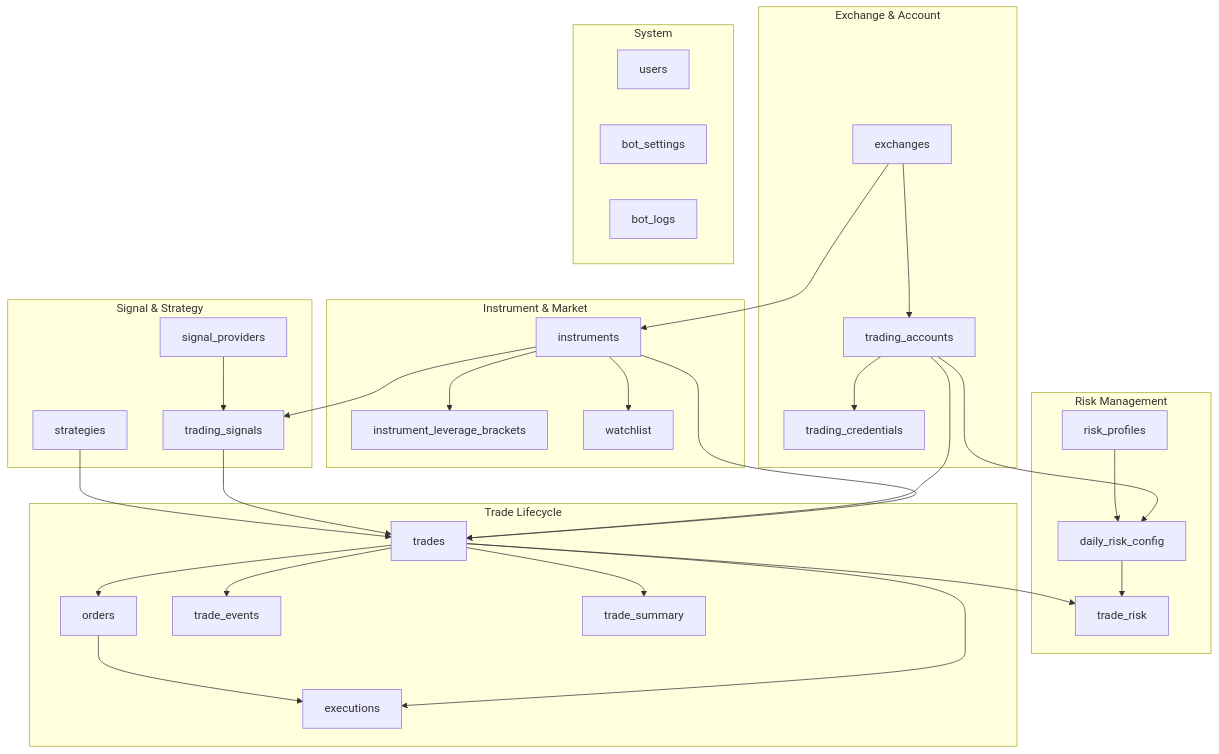
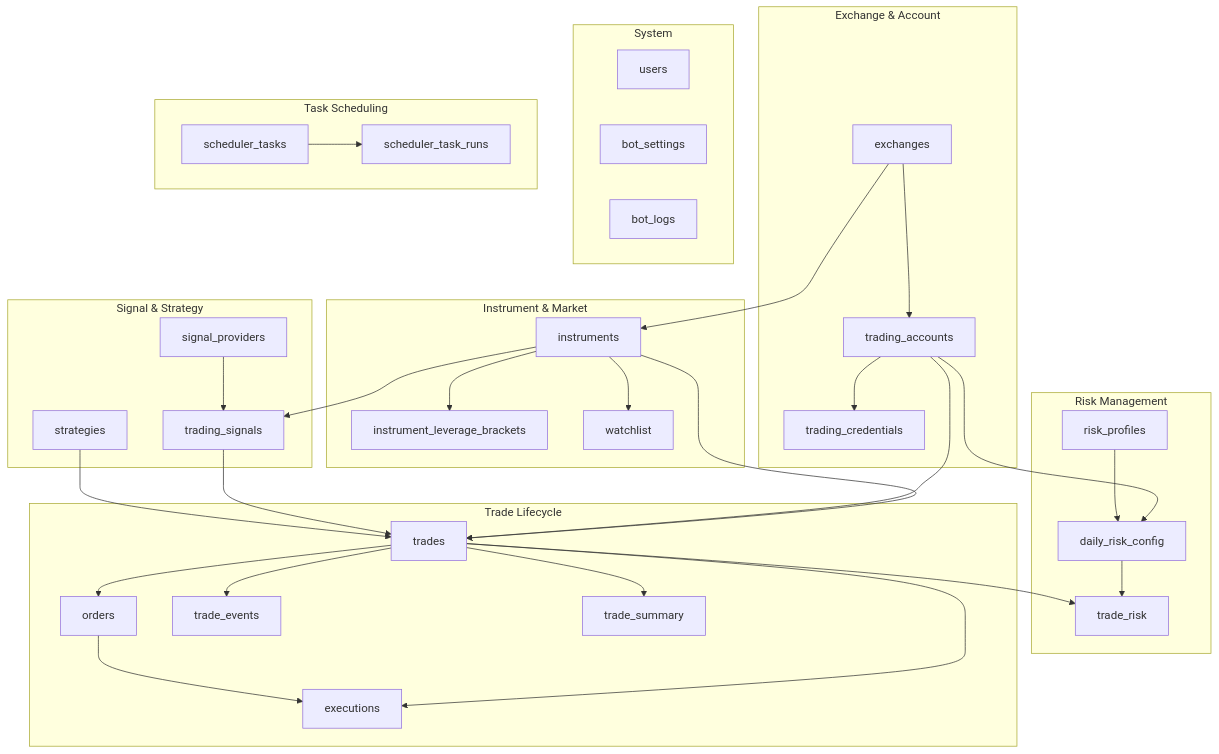
The second of 2 diagrams in docs/database/DATABASE_GUIDE.md (MarcYovian/crypto-bot), drawn with Mermaid before and after one commit. The commit also changed other lines of this file and 1 other file, not shown here.

Commit message:
docs(database): synchronize schema and guide to 100% match persistence models (22 tables)

````diff
--- a/docs/database/DATABASE_GUIDE.md
+++ b/docs/database/DATABASE_GUIDE.md
@@ -335,58 +365,64 @@
 ```mermaid
 graph TD
     subgraph "Exchange & Account"
         EX[exchanges]
         TA[trading_accounts]
         TC[trading_credentials]
     end
 
     subgraph "Instrument & Market"
         INS[instruments]
         ILB[instrument_leverage_brackets]
         WL[watchlist]
     end
 
     subgraph "Signal & Strategy"
         SP[signal_providers]
         STR[strategies]
         TS[trading_signals]
     end
 
     subgraph "Risk Management"
         RP[risk_profiles]
         DRC[daily_risk_config]
         TR_RISK[trade_risk]
     end
 
     subgraph "Trade Lifecycle"
         TRADE[trades]
         ORD[orders]
         EXEC[executions]
         TE[trade_events]
         TSUM[trade_summary]
     end
 
     subgraph "System"
         USR[users]
         BS[bot_settings]
         BL[bot_logs]
     end
 
+    subgraph "Task Scheduling"
+        ST[scheduler_tasks]
+        STRUN[scheduler_task_runs]
+    end
+
     EX --> TA --> TC
     EX --> INS --> ILB
     INS --> WL
     SP --> TS
     INS --> TS
     STR --> TRADE
     TS --> TRADE
     TA --> TRADE
     INS --> TRADE
     RP --> DRC
     TA --> DRC
     DRC --> TR_RISK
     TRADE --> TR_RISK
     TRADE --> ORD --> EXEC
     TRADE --> EXEC
     TRADE --> TE
     TRADE --> TSUM
+    ST --> STRUN
 ```
````
